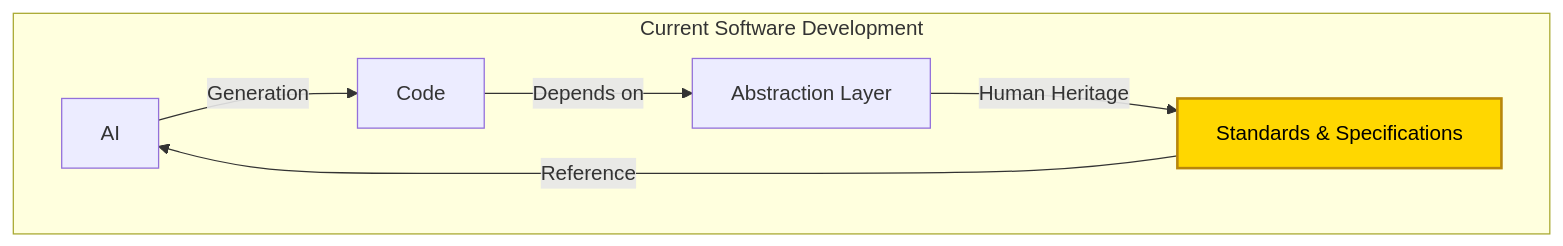
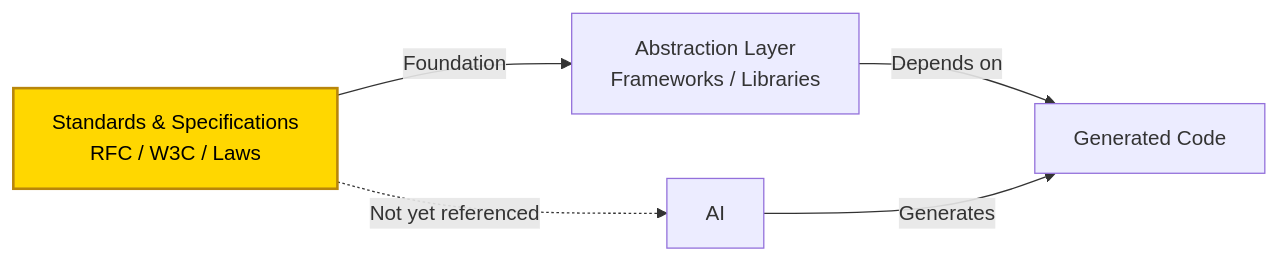
The first of 6 diagrams in docs/concepts/01-vision.md (shuji-bonji/ai-agent-architecture), drawn with Mermaid before and after one commit. The commit also changed other lines of this file and 1 other file, not shown here.

Commit message:
fix: 01-vision.md の訂正

````diff
--- a/docs/concepts/01-vision.md
+++ b/docs/concepts/01-vision.md
@@ -41,13 +43,14 @@
 ```mermaid
-graph TB
-    subgraph Current Software Development
-        AI[AI] --> |"Generation"| Code[Code]
-        Code --> |"Depends on"| Layer[Abstraction Layer]
-        Layer --> |"Human Heritage"| Standards[Standards & Specifications]
-    end
+graph LR
+    Standards["Standards & Specifications<br>RFC / W3C / Laws"]
+    Layer["Abstraction Layer<br>Frameworks / Libraries"]
+    Code["Generated Code"]
+    AI["AI"]
 
-    Standards --> |"Reference"| AI
+    Standards -->|"Foundation"| Layer
+    Layer -->|"Depends on"| Code
+    AI -->|"Generates"| Code
+    Standards -.->|"Not yet referenced"| AI
 
     style Standards fill:#ffd700,color:#000,stroke:#b8860b,stroke-width:2px
-
 ```
````
